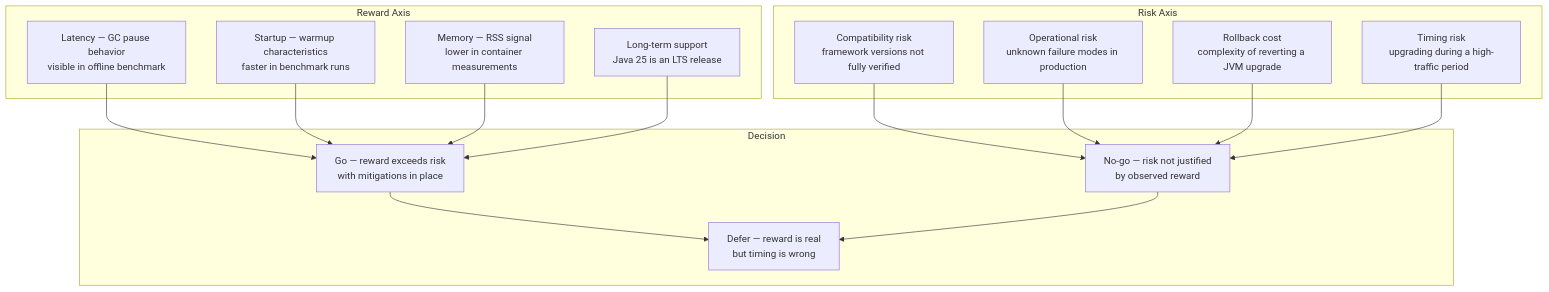
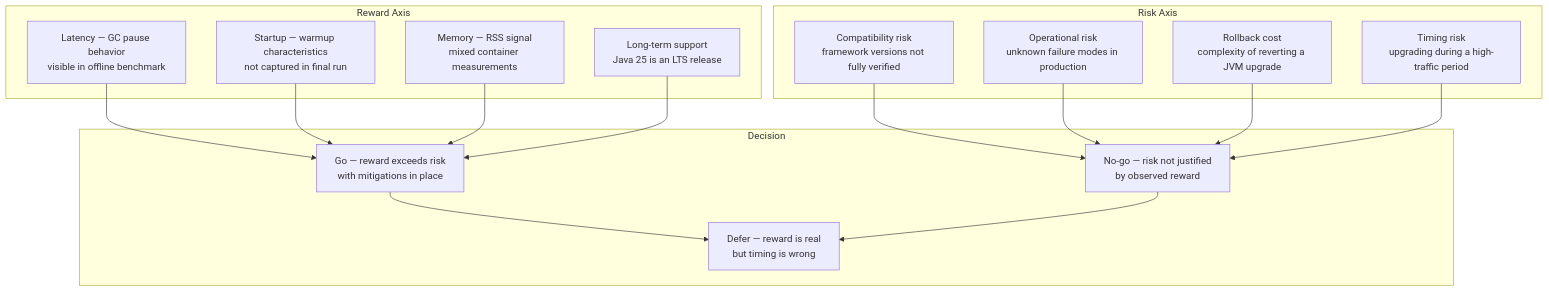
The diagram in docs/episodes/episode-11/assets/E11-D02-risk-reward-decision-matrix.md (SaschaMoellering/acmecorp-platform), drawn with Mermaid before and after one commit. The commit also changed 148 other files, not shown here.

````diff
--- a/docs/episodes/episode-11/assets/E11-D02-risk-reward-decision-matrix.md
+++ b/docs/episodes/episode-11/assets/E11-D02-risk-reward-decision-matrix.md
@@ -1,26 +1,26 @@
 ```mermaid
 flowchart TD
     subgraph Reward Axis
         R1[Latency — GC pause behavior<br>visible in offline benchmark]
-        R2[Startup — warmup characteristics<br>faster in benchmark runs]
-        R3[Memory — RSS signal<br>lower in container measurements]
+        R2[Startup — warmup characteristics<br>not captured in final run]
+        R3[Memory — RSS signal<br>mixed container measurements]
         R4[Long-term support<br>Java 25 is an LTS release]
     end
 
     subgraph Risk Axis
         X1[Compatibility risk<br>framework versions not fully verified]
         X2[Operational risk<br>unknown failure modes in production]
         X3[Rollback cost<br>complexity of reverting a JVM upgrade]
         X4[Timing risk<br>upgrading during a high-traffic period]
     end
 
     subgraph Decision
         GO[Go — reward exceeds risk<br>with mitigations in place]
         NOGO[No-go — risk not justified<br>by observed reward]
         DEFER[Defer — reward is real<br>but timing is wrong]
     end
 
     R1 & R2 & R3 & R4 --> GO
     X1 & X2 & X3 & X4 --> NOGO
     GO & NOGO --> DEFER
 ```
````
